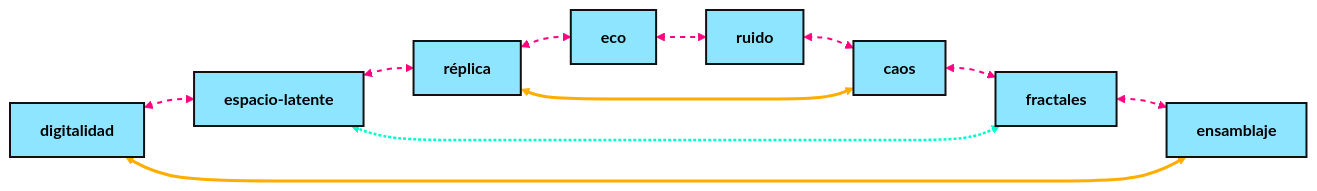
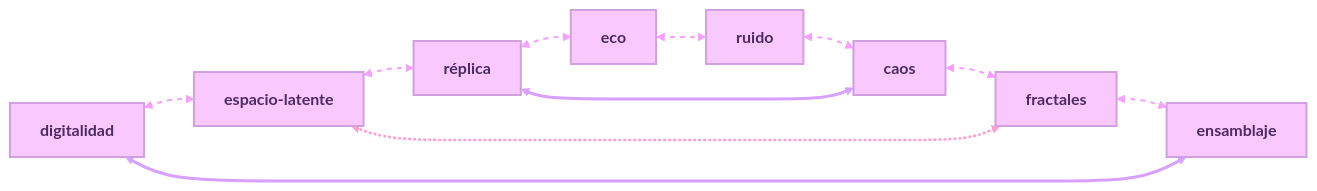
Before and after one commit to CryoXen/CryoXen: the diagram in README.md, drawn with Mermaid.

````diff
--- a/README.md
+++ b/README.md
@@ -6,23 +6,21 @@
 ```mermaid
 flowchart LR
   A[digitalidad]:::n <--> B[espacio-latente]:::n
   B <--> C[réplica]:::n
   C <--> D[eco]:::n
   D <--> E[ruido]:::n
   E <--> F[caos]:::n
   F <--> G[fractales]:::n
   G <--> H[ensamblaje]:::n
   H <--> A
   C <--> F
   B <--> G
 
-  %% Estilos caóticos
-  classDef n fill:#8ee5ff,stroke:#111,stroke-width:2px,color:#000,font-weight:bold;
+  %% Estilos 
+  classDef n fill:#f8c8ff,stroke:#d1a0e0,stroke-width:2px,color:#4b2b60,font-weight:bold;
 
   %% Animaciones simuladas mediante estilos alternos y flechas punteadas
-  linkStyle 0,1,2,3,4,5,6 stroke:#ff007f,stroke-width:2px,stroke-dasharray:5 5;
-  linkStyle 7,8 stroke:#ffae00,stroke-width:3px;
-  linkStyle 9 stroke:#00ffcc,stroke-width:2.5px,stroke-dasharray:3 2;
-
-  %% Opcional: indicar direcciones LR para horizontalidad
+  linkStyle 0,1,2,3,4,5,6 stroke:#f5a0ff,stroke-width:2px,stroke-dasharray:5 5;
+  linkStyle 7,8 stroke:#d8a0ff,stroke-width:3px;
+  linkStyle 9 stroke:#ffa0d0,stroke-width:2.5px,stroke-dasharray:3 2;
 ```
````
